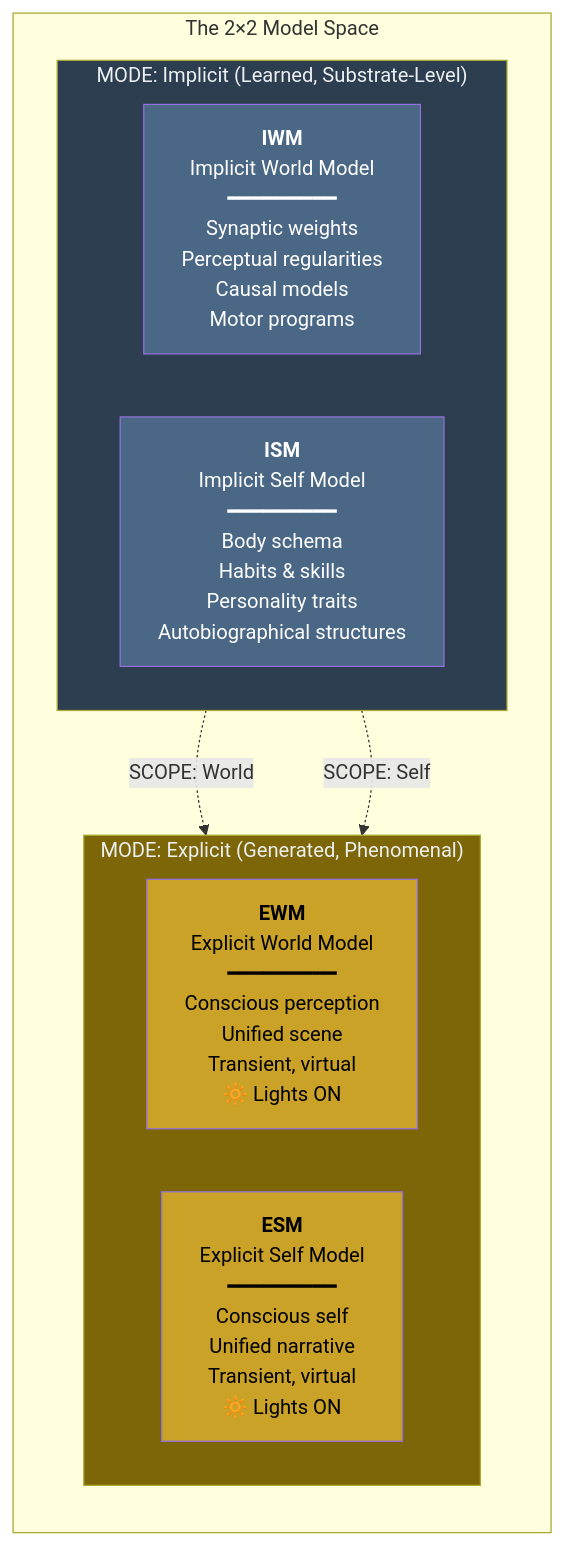
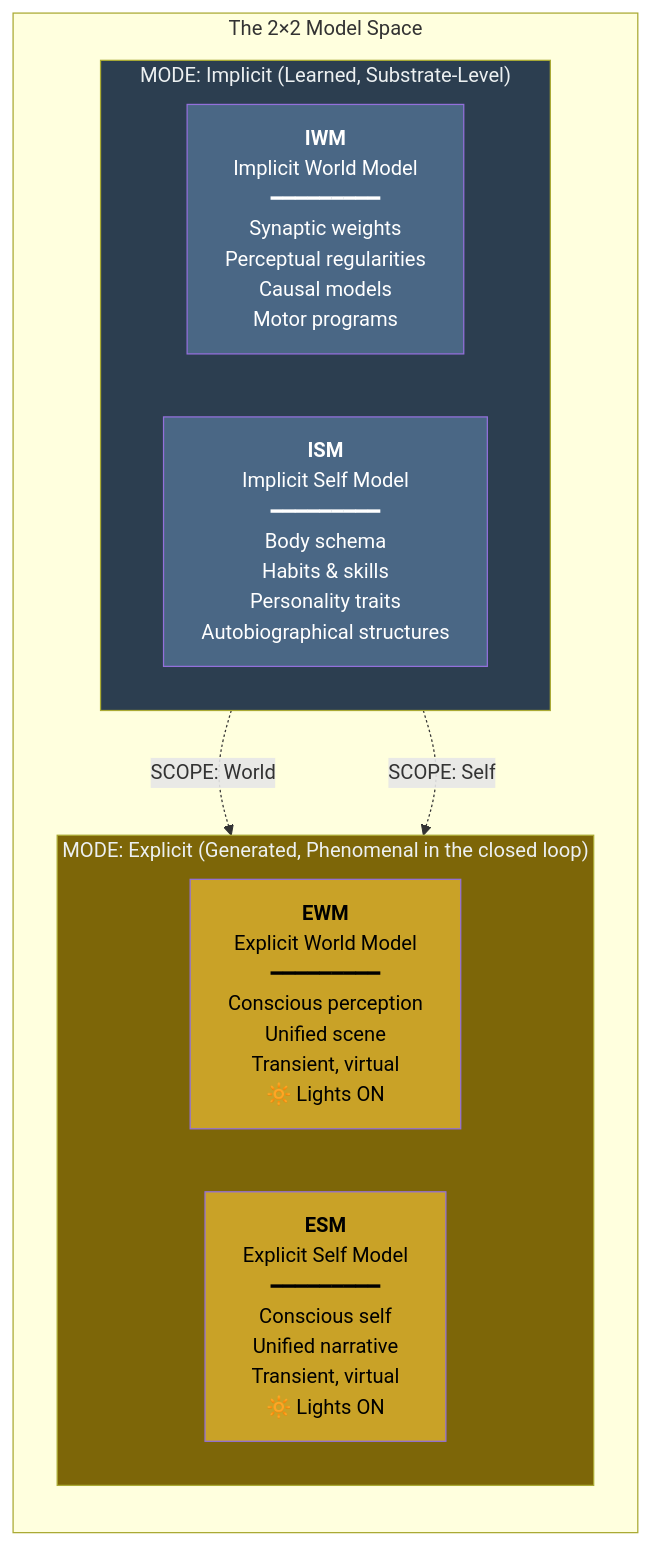
The diagram in wiki/core-architecture/two-axes.md (JeltzProstetnic/aIware), drawn with Mermaid before and after one commit. The commit also changed other lines of this file and 366 other files, not shown here.

````diff
--- a/wiki/core-architecture/two-axes.md
+++ b/wiki/core-architecture/two-axes.md
@@ -58,28 +58,28 @@
 ```mermaid
 graph TB
     subgraph quad["The 2×2 Model Space"]
         direction TB
 
         subgraph implicit["MODE: Implicit (Learned, Substrate-Level)"]
             direction LR
             IWM["<b>IWM</b><br/>Implicit World Model<br/>━━━━━━━━━<br/>Synaptic weights<br/>Perceptual regularities<br/>Causal models<br/>Motor programs"]
             ISM["<b>ISM</b><br/>Implicit Self Model<br/>━━━━━━━━━<br/>Body schema<br/>Habits & skills<br/>Personality traits<br/>Autobiographical structures"]
         end
 
-        subgraph explicit["MODE: Explicit (Generated, Phenomenal)"]
+        subgraph explicit["MODE: Explicit (Generated, Phenomenal in the closed loop)"]
             direction LR
             EWM["<b>EWM</b><br/>Explicit World Model<br/>━━━━━━━━━<br/>Conscious perception<br/>Unified scene<br/>Transient, virtual<br/>🔆 Lights ON"]
             ESM["<b>ESM</b><br/>Explicit Self Model<br/>━━━━━━━━━<br/>Conscious self<br/>Unified narrative<br/>Transient, virtual<br/>🔆 Lights ON"]
         end
     end
 
     IWM -.->|"SCOPE: World"| EWM
     ISM -.->|"SCOPE: Self"| ESM
 
     style IWM fill:#4a6785,color:#fff
     style ISM fill:#4a6785,color:#fff
     style EWM fill:#c9a227,color:#000
     style ESM fill:#c9a227,color:#000
     style implicit fill:#2c3e50,color:#ecf0f1
     style explicit fill:#7d6608,color:#ecf0f1
 ```
````
